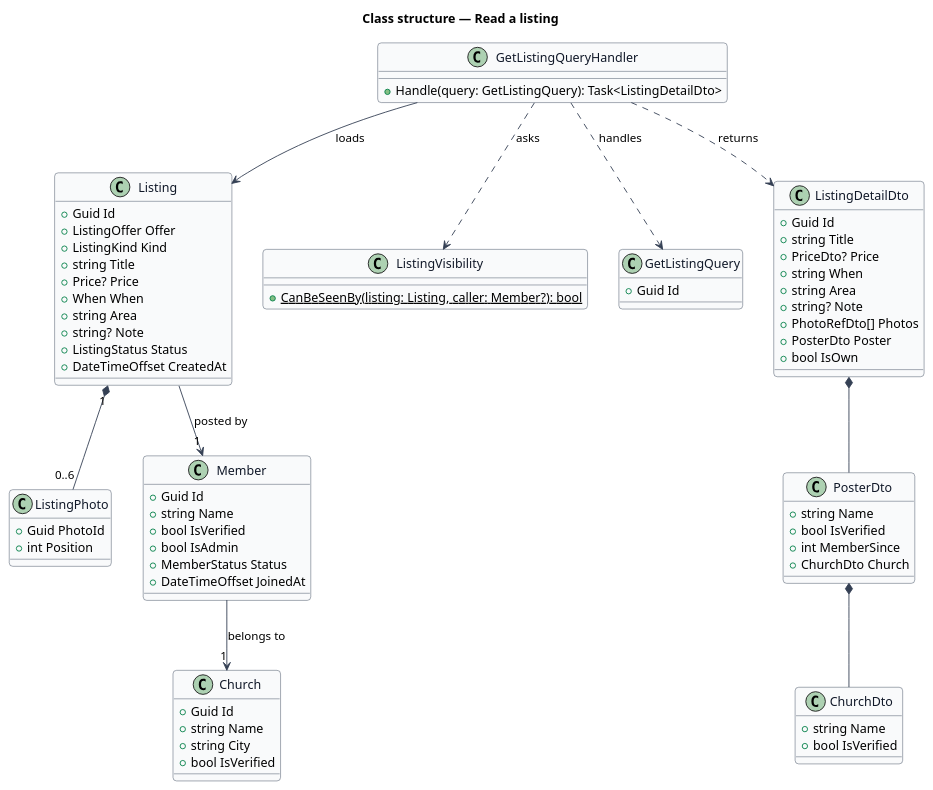
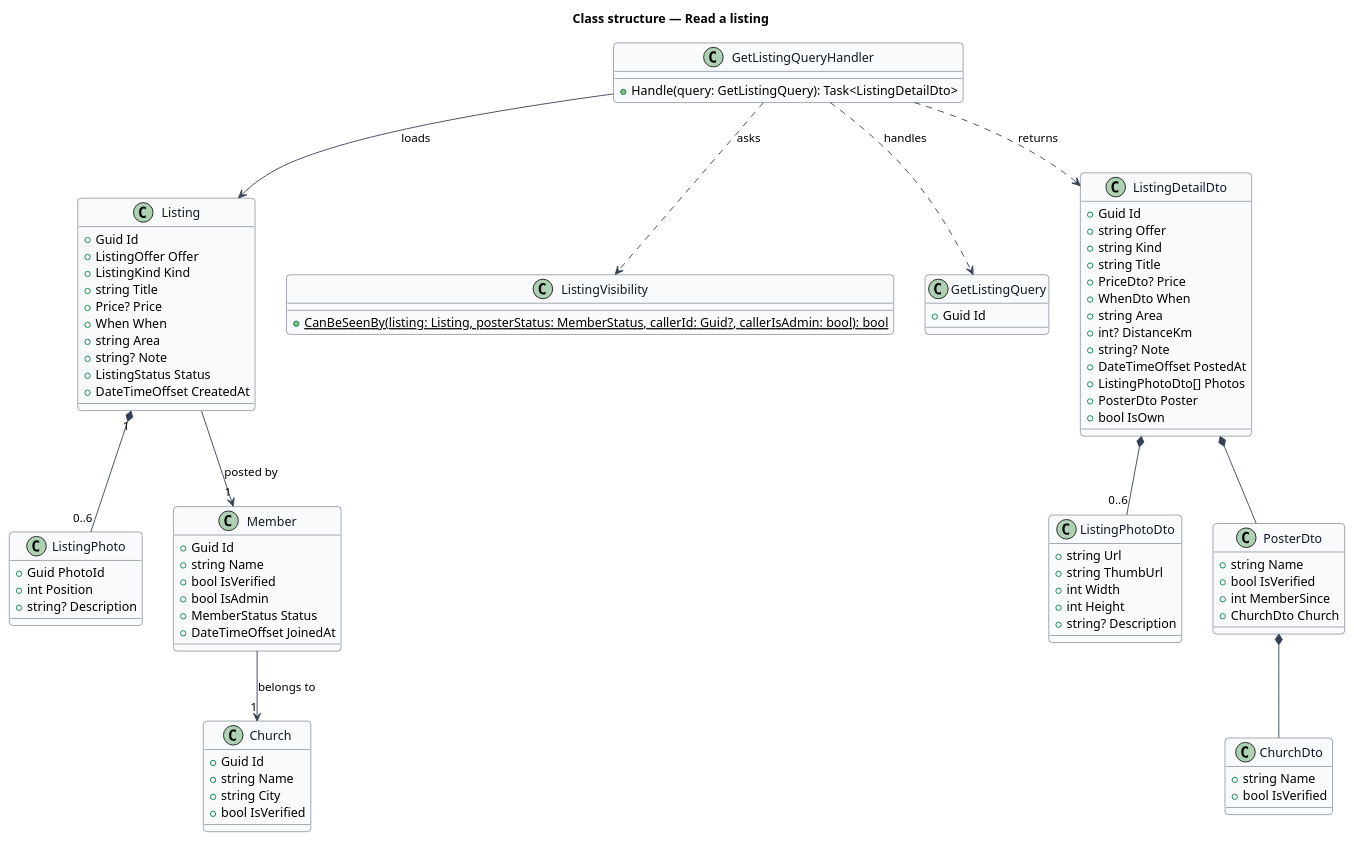
The diagram in docs/detailed-designs/listing/read-listing/diagrams/class-structure.puml (QuinntyneBrown/christian-rent), drawn with PlantUML before and after one commit. The commit also changed 26 other files, not shown here.

```diff
--- a/docs/detailed-designs/listing/read-listing/diagrams/class-structure.puml
+++ b/docs/detailed-designs/listing/read-listing/diagrams/class-structure.puml
@@ -1,85 +1,98 @@
 @startuml
 ' --- shared skin header ---
 skinparam backgroundColor #FFFFFF
 skinparam shadowing false
 skinparam roundcorner 8
 skinparam defaultFontName Arial
 skinparam ArrowColor #344054
 skinparam class {
   BorderColor #344054
   FontColor #101828
   BackgroundColor #F9FAFB
 }
 ' --------------------------
 title Class structure — Read a listing
 
 class Listing {
   +Guid Id
   +ListingOffer Offer
   +ListingKind Kind
   +string Title
   +Price? Price
   +When When
   +string Area
   +string? Note
   +ListingStatus Status
   +DateTimeOffset CreatedAt
 }
 class ListingPhoto {
   +Guid PhotoId
   +int Position
+  +string? Description
 }
 class Member {
   +Guid Id
   +string Name
   +bool IsVerified
   +bool IsAdmin
   +MemberStatus Status
   +DateTimeOffset JoinedAt
 }
 class Church {
   +Guid Id
   +string Name
   +string City
   +bool IsVerified
 }
 class ListingVisibility {
-  +{static} CanBeSeenBy(listing: Listing, caller: Member?): bool
+  +{static} CanBeSeenBy(listing: Listing, posterStatus: MemberStatus, callerId: Guid?, callerIsAdmin: bool): bool
 }
 class GetListingQuery {
   +Guid Id
 }
 class GetListingQueryHandler {
   +Handle(query: GetListingQuery): Task<ListingDetailDto>
 }
 class ListingDetailDto {
   +Guid Id
+  +string Offer
+  +string Kind
   +string Title
   +PriceDto? Price
-  +string When
+  +WhenDto When
   +string Area
+  +int? DistanceKm
   +string? Note
-  +PhotoRefDto[] Photos
+  +DateTimeOffset PostedAt
+  +ListingPhotoDto[] Photos
   +PosterDto Poster
   +bool IsOwn
+}
+class ListingPhotoDto {
+  +string Url
+  +string ThumbUrl
+  +int Width
+  +int Height
+  +string? Description
 }
 class PosterDto {
   +string Name
   +bool IsVerified
   +int MemberSince
   +ChurchDto Church
 }
 class ChurchDto {
   +string Name
   +bool IsVerified
 }
 Listing "1" *-- "0..6" ListingPhoto
 Listing --> "1" Member : posted by
 Member --> "1" Church : belongs to
 GetListingQueryHandler ..> GetListingQuery : handles
 GetListingQueryHandler ..> ListingVisibility : asks
 GetListingQueryHandler --> Listing : loads
 GetListingQueryHandler ..> ListingDetailDto : returns
 ListingDetailDto *-- PosterDto
+ListingDetailDto *-- "0..6" ListingPhotoDto
 PosterDto *-- ChurchDto
 @enduml
```
